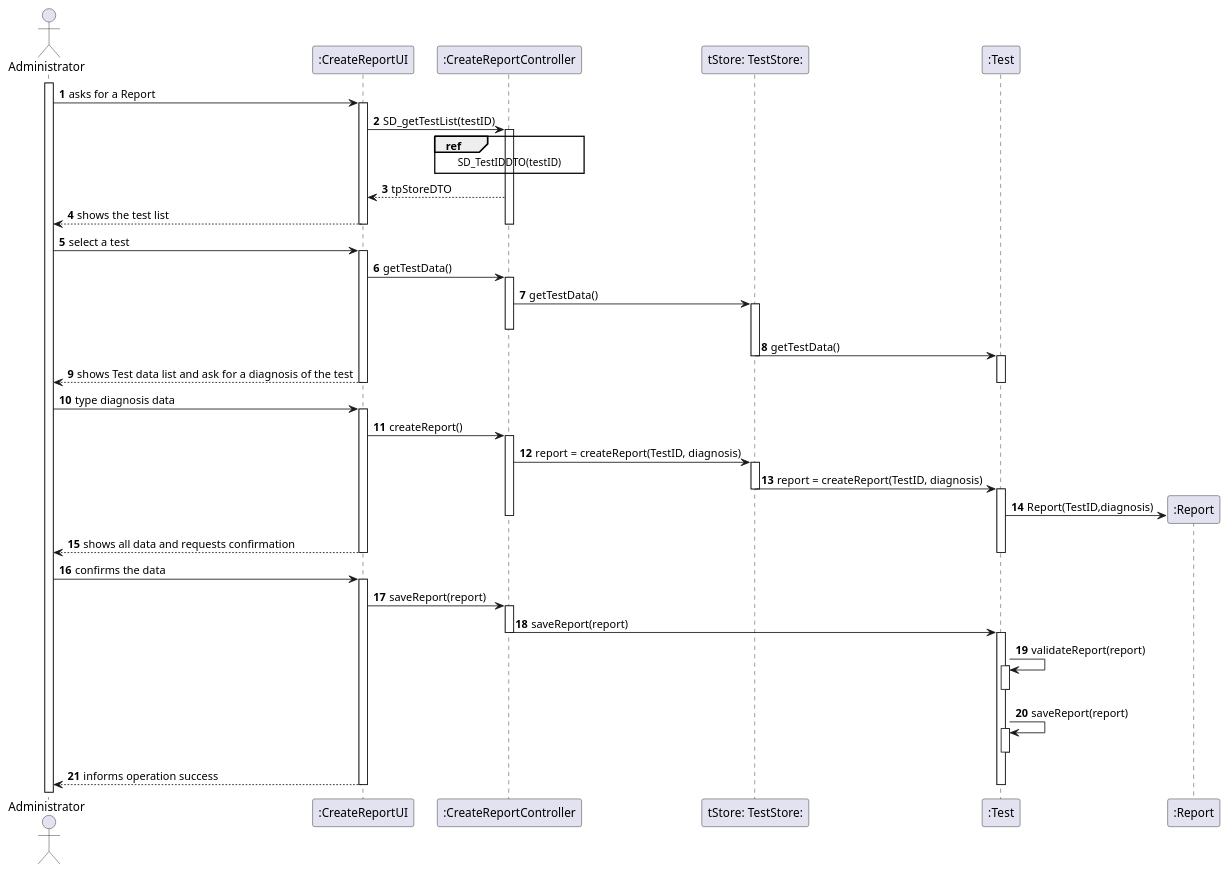
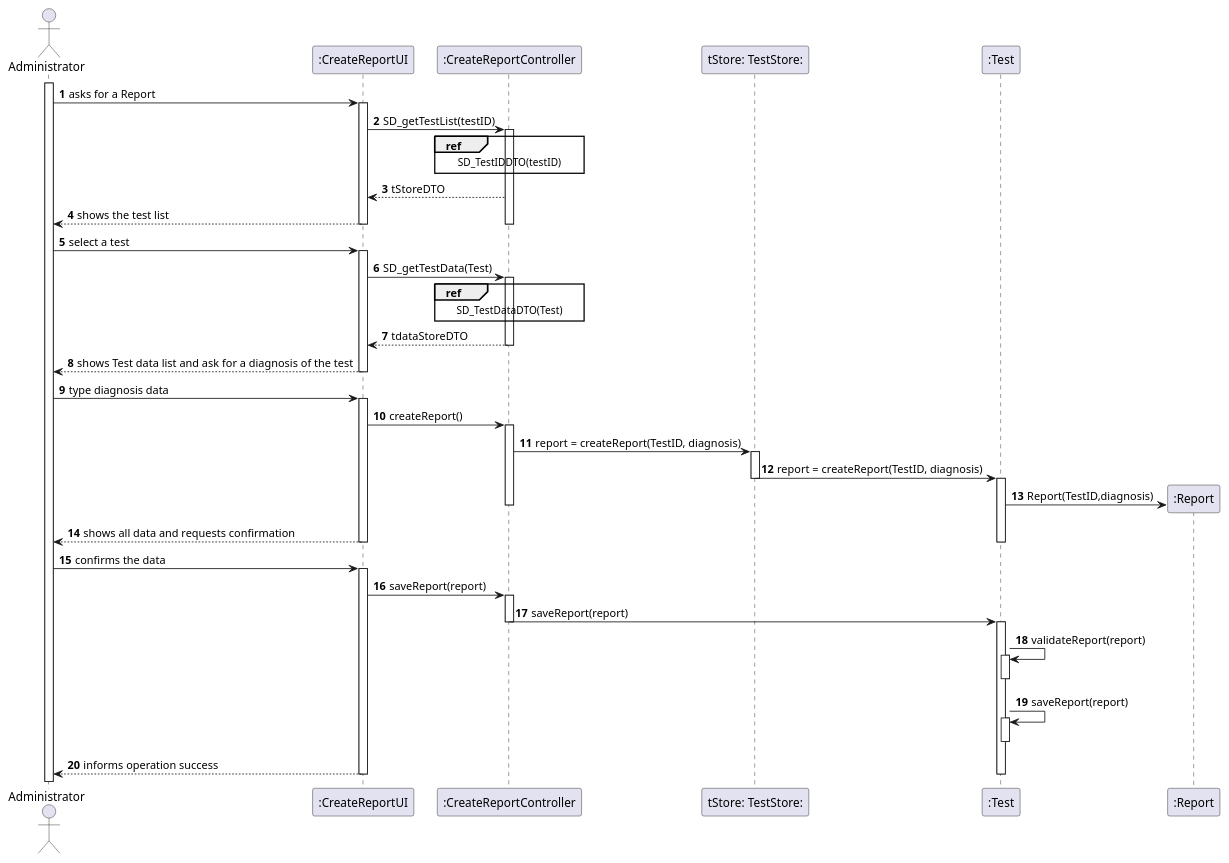
Before and after one commit to MarianaCLages/LAPR2: the diagram in docs/SprintC/US14/US14_SD.puml, drawn with PlantUML. The commit also changed 1 other file, not shown here.

```diff
--- a/docs/SprintC/US14/US14_SD.puml
+++ b/docs/SprintC/US14/US14_SD.puml
@@ -1,114 +1,116 @@
 @startuml
 autonumber
 
 actor "Administrator" as Administrator
 
 participant ":CreateReportUI" as UI
 participant ":CreateReportController" as CTRL
 participant "tStore: TestStore:" as TESTSTORE
 participant ":Test" as TEST
 participant ":Report" as REPORT
 
 
 activate Administrator
 Administrator -> UI: asks for a Report
 activate UI
 
 UI -> CTRL : SD_getTestList(testID)
 ref over CTRL: SD_TestIDDTO(testID)
 activate CTRL
 
-CTRL --> UI: tpStoreDTO
+CTRL --> UI: tStoreDTO
 
 
 
 
 
 
 
 
 
 UI --> Administrator :shows the test list
 deactivate UI
 deactivate CTRL
 
 Administrator -> UI : select a test
 activate UI
-UI -> CTRL : getTestData()
+
+UI -> CTRL : SD_getTestData(Test)
+ref over CTRL: SD_TestDataDTO(Test)
 activate CTRL
-CTRL -> TESTSTORE : getTestData()
-activate TESTSTORE
+
+CTRL --> UI: tdataStoreDTO
+
 deactivate CTRL
-TESTSTORE -> TEST : getTestData()
 deactivate TESTSTORE
-activate TEST
+
 
 
 UI --> Administrator : shows Test data list and ask for a diagnosis of the test
 deactivate UI
-deactivate TEST
+
 
 
 
 
 Administrator -> UI : type diagnosis data
 activate UI
 
 
 
 
 UI-> CTRL : createReport()
 activate CTRL
 
 
 
 
 CTRL -> TESTSTORE : report = createReport(TestID, diagnosis)
 activate TESTSTORE
 
 
 TESTSTORE -> TEST : report = createReport(TestID, diagnosis)
 deactivate TESTSTORE
 activate TEST
 TEST -> REPORT ** :  Report(TestID,diagnosis)
 
 
 
 
 
 deactivate CTRL
 
 
 
 UI --> Administrator : shows all data and requests confirmation
 deactivate UI
 deactivate TEST
 
 Administrator -> UI : confirms the data
 activate UI
 
 UI-> CTRL : saveReport(report)
 activate CTRL
 
 CTRL -> TEST : saveReport(report)
 deactivate CTRL
 activate TEST
 TEST -> TEST : validateReport(report)
 activate TEST
 deactivate TEST
 TEST -> TEST : saveReport(report)
 activate TEST
 deactivate TEST
 
 UI --> Administrator : informs operation success
 deactivate UI
 
 deactivate TEST
 
 
 
 
 
 
 
 @enduml
```
